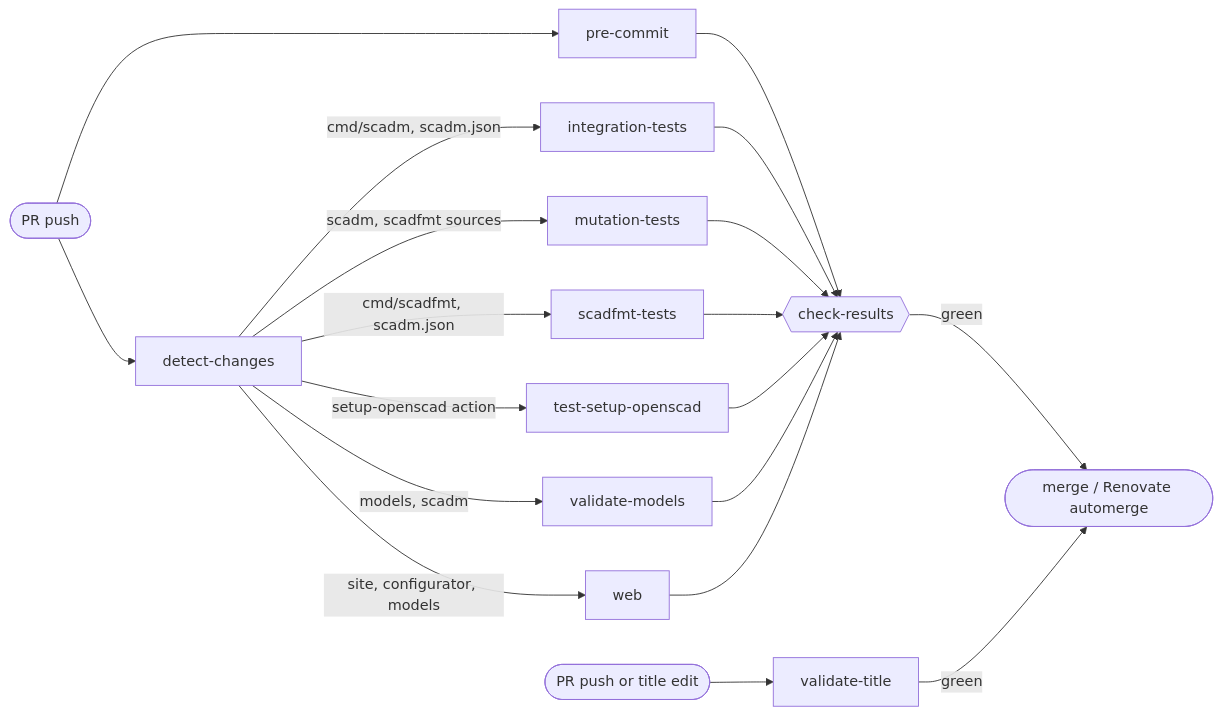
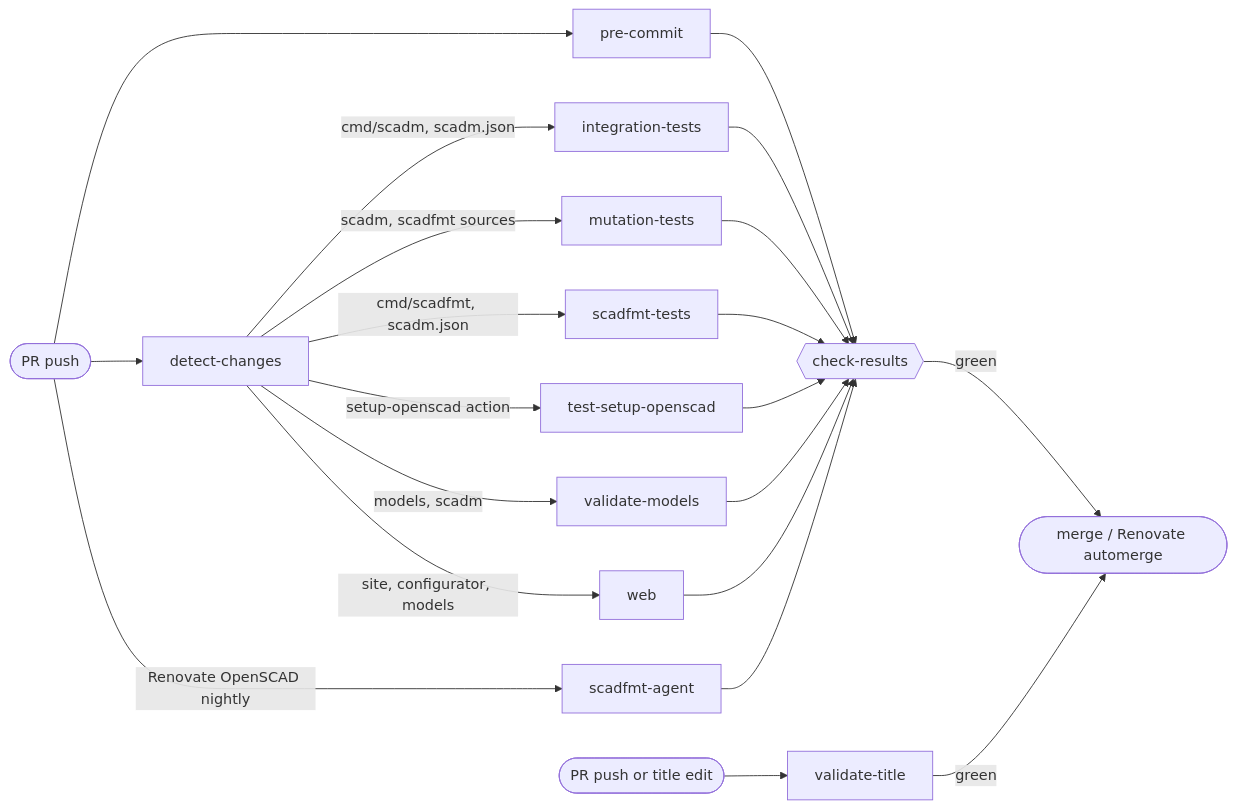
One commit to kellerlabs/homeracker changed the first of 2 diagrams in .github/workflows/README.md. Above: the diagram before and after it, drawn with Mermaid. The commit also changed other lines of this file and 13 other files, not shown here.

First line of the commit message:
feat(scadfmt): adapt scadfmt to new OpenSCAD nightlies with an agent (#526)

````diff
--- a/.github/workflows/README.md
+++ b/.github/workflows/README.md
@@ -7,14 +7,15 @@
 ```mermaid
 flowchart LR
     pr([PR push]) --> dc[detect-changes]
     pr --> pc[pre-commit]
     dc -->|cmd/scadm, scadm.json| it[integration-tests]
     dc -->|scadm, scadfmt sources| mt[mutation-tests]
     dc -->|cmd/scadfmt, scadm.json| sf[scadfmt-tests]
     dc -->|setup-openscad action| so[test-setup-openscad]
     dc -->|models, scadm| vm[validate-models]
     dc -->|site, configurator, models| web[web]
-    pc & it & mt & sf & so & vm & web --> cr{{check-results}}
+    pr -->|Renovate OpenSCAD nightly| ag[scadfmt-agent]
+    pc & it & mt & sf & so & vm & web & ag --> cr{{check-results}}
     cr -->|green| merge([merge / Renovate automerge])
     pr2([PR push or title edit]) --> title[validate-title] -->|green| merge
 ```
````
